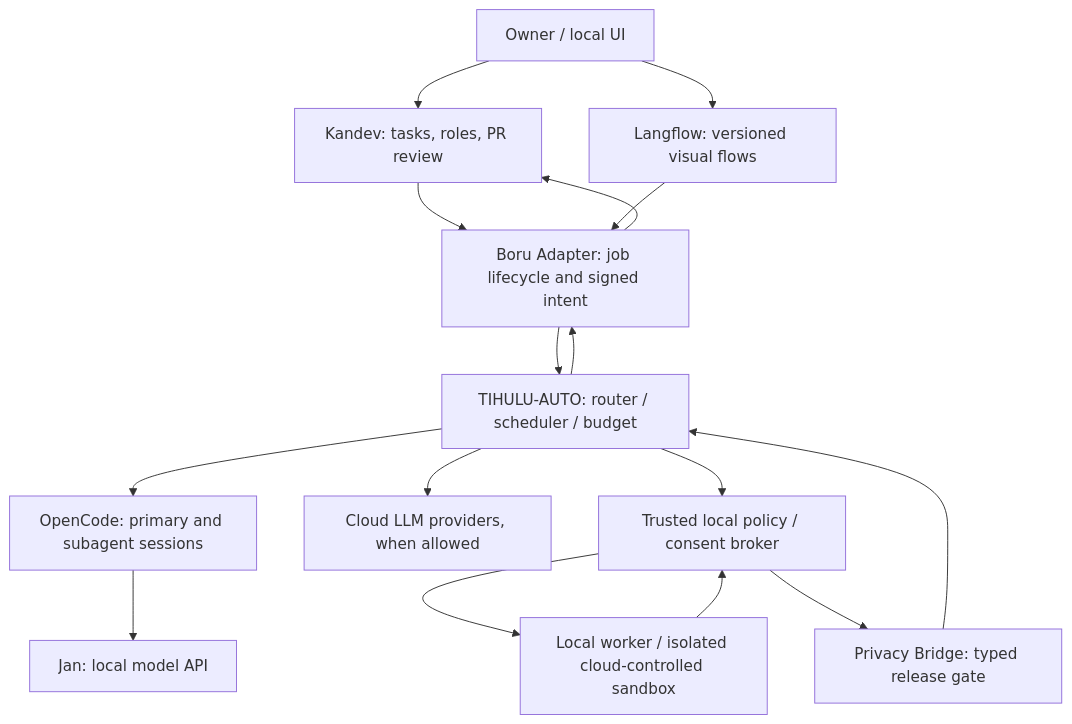
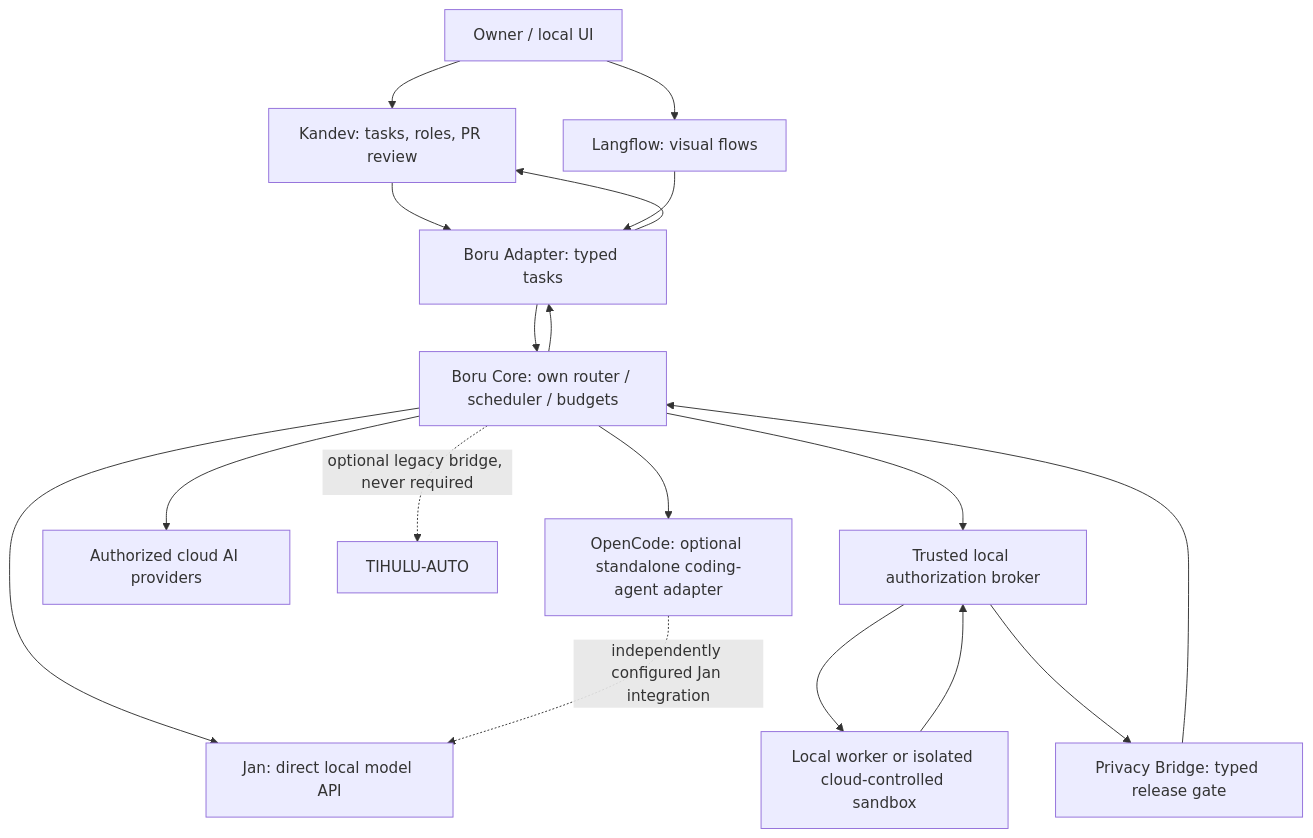
The diagram in docs/ARCHITECTURE.md (Tihulu/Tihulu-Boru-Yolu), drawn with Mermaid before and after one commit. The commit also changed other lines of this file, not shown here.

Commit message:
docs: make Boru Core independent from TIHULU-AUTO (docs/ARCHITECTURE.md)

```diff
--- a/docs/ARCHITECTURE.md
+++ b/docs/ARCHITECTURE.md
@@ -9,18 +9,20 @@
 ~~~mermaid
 flowchart TB
   U[Owner / local UI] --> K[Kandev: tasks, roles, PR review]
-  K --> A[Boru Adapter: job lifecycle and signed intent]
-  U --> L[Langflow: versioned visual flows]
+  U --> L[Langflow: visual flows]
+  K --> A[Boru Adapter: typed tasks]
   L --> A
-  A --> R[TIHULU-AUTO: router / scheduler / budget]
-  R --> M[OpenCode: primary and subagent sessions]
-  M --> J[Jan: local model API]
-  R --> C[Cloud LLM providers, when allowed]
-  R --> B[Trusted local policy / consent broker]
-  B --> X[Local worker / isolated cloud-controlled sandbox]
+  A --> R[Boru Core: own router / scheduler / budgets]
+  R --> O[OpenCode: optional standalone coding-agent adapter]
+  R --> J[Jan: direct local model API]
+  R --> C[Authorized cloud AI providers]
+  R -. optional legacy bridge, never required .-> T[TIHULU-AUTO]
+  O -. independently configured Jan integration .-> J
+  R --> B[Trusted local authorization broker]
+  B --> X[Local worker or isolated cloud-controlled sandbox]
   X --> B
   B --> P[Privacy Bridge: typed release gate]
   P --> R
   R --> A
   A --> K
 ~~~
```
